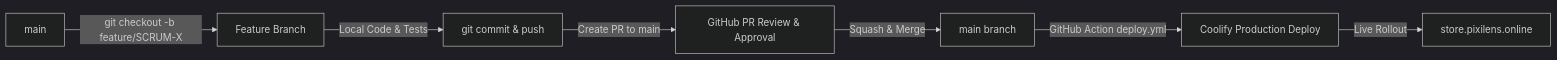
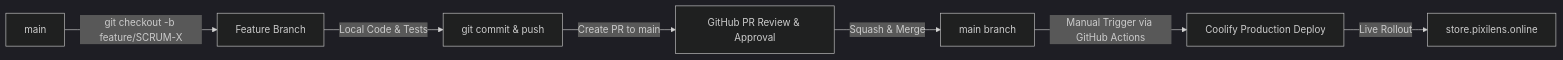
Before and after one commit to Kaushik-Sarkar-LPLA/clean-architecture-store: the diagram in README.md, drawn with Mermaid (dark theme). The commit also changed other lines of this file and 1 other file, not shown here.

Commit message:
ci: disable auto-deploy on push to main; require manual workflow_dispatch trigger

````diff
--- a/README.md
+++ b/README.md
@@ -116,9 +116,9 @@
 ```mermaid
 graph LR
     A[main] -->|git checkout -b feature/SCRUM-X| B[Feature Branch]
     B -->|Local Code & Tests| C[git commit & push]
     C -->|Create PR to main| D[GitHub PR Review & Approval]
     D -->|Squash & Merge| E[main branch]
-    E -->|GitHub Action deploy.yml| F[Coolify Production Deploy]
+    E -->|Manual Trigger via GitHub Actions| F[Coolify Production Deploy]
     F -->|Live Rollout| G[store.pixilens.online]
 ```
````
